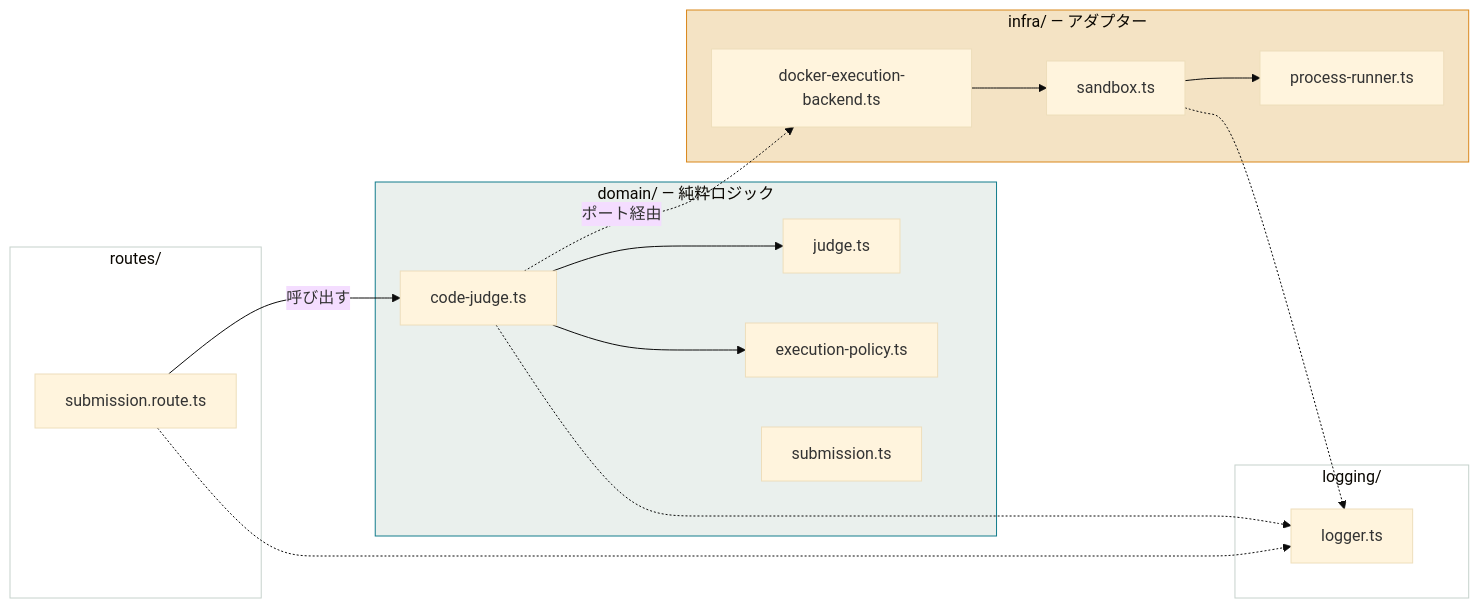
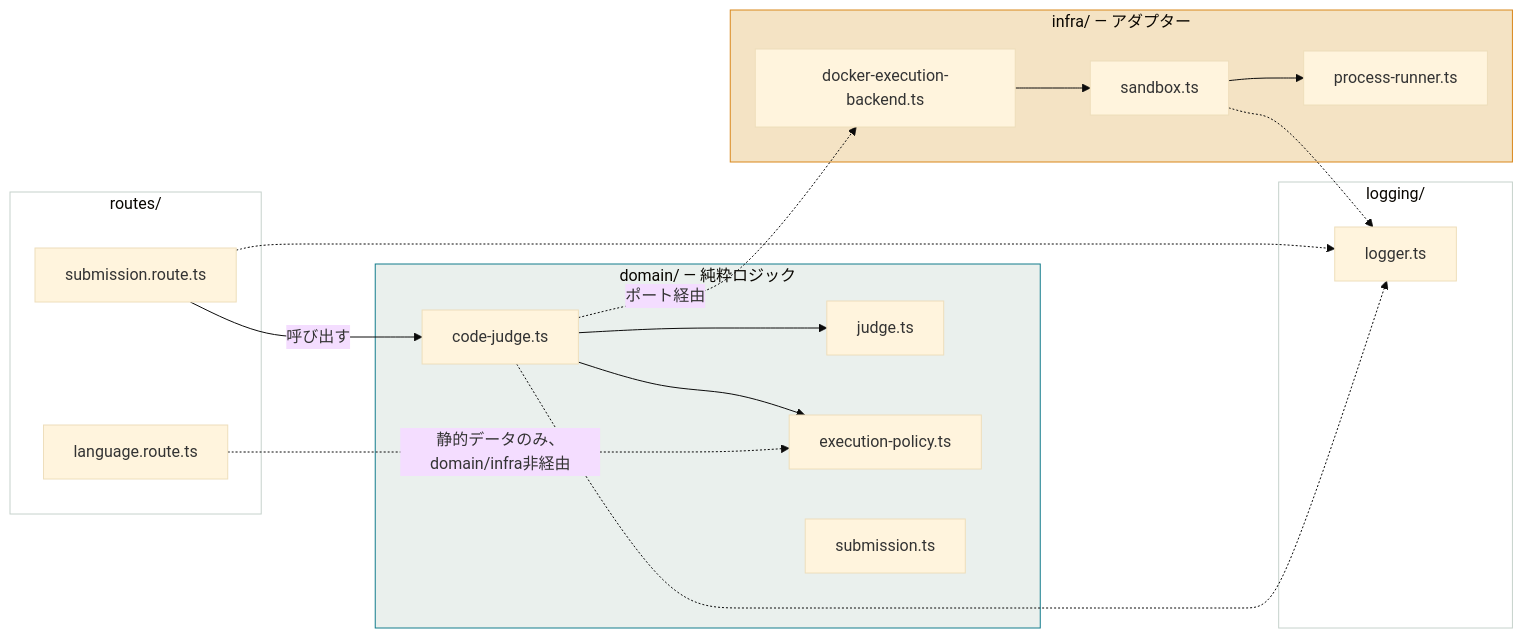
One commit to shouk12345/Web-Code-Runner changed the first of 4 diagrams in src/README.md. Above: the diagram before and after it, drawn with Mermaid (base theme). The commit also changed other lines of this file and 3 other files, not shown here.

````diff
--- a/src/README.md
+++ b/src/README.md
@@ -11,35 +11,37 @@
 ```mermaid
 flowchart LR
     subgraph routes["routes/"]
         R[submission.route.ts]
+        LR[language.route.ts]
     end
     subgraph domain["domain/ — 純粋ロジック"]
         CJ[code-judge.ts]
         J[judge.ts]
         EP[execution-policy.ts]
         S[submission.ts]
     end
     subgraph infra["infra/ — アダプター"]
         DEB[docker-execution-backend.ts]
         SB[sandbox.ts]
         PR[process-runner.ts]
     end
     subgraph logging["logging/"]
         L[logger.ts]
     end
  
     R -->|呼び出す| CJ
     CJ --> J
     CJ --> EP
     CJ -.->|ポート経由| DEB
     DEB --> SB
     SB --> PR
     R -.-> L
     CJ -.-> L
     SB -.-> L
+    LR -.->|静的データのみ、domain/infra非経由| EP
  
     style domain fill:#EAF0ED,stroke:#127C8C
     style infra fill:#F4E3C4,stroke:#D9871B
     style routes fill:#fff,stroke:#C6D2CC
     style logging fill:#fff,stroke:#C6D2CC
 ```
````
